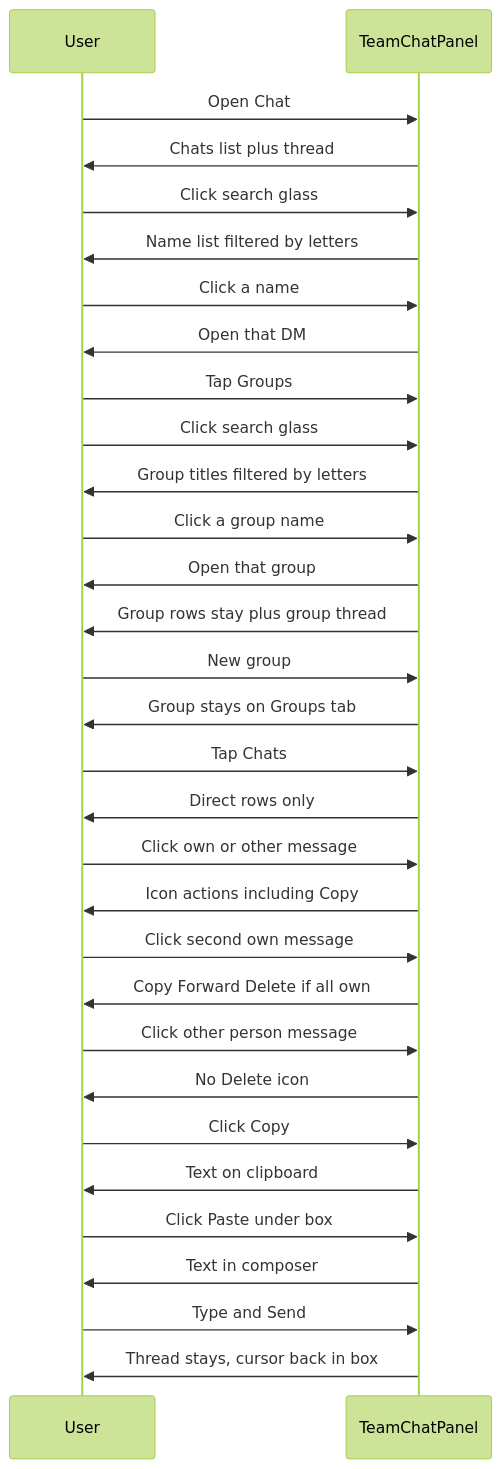
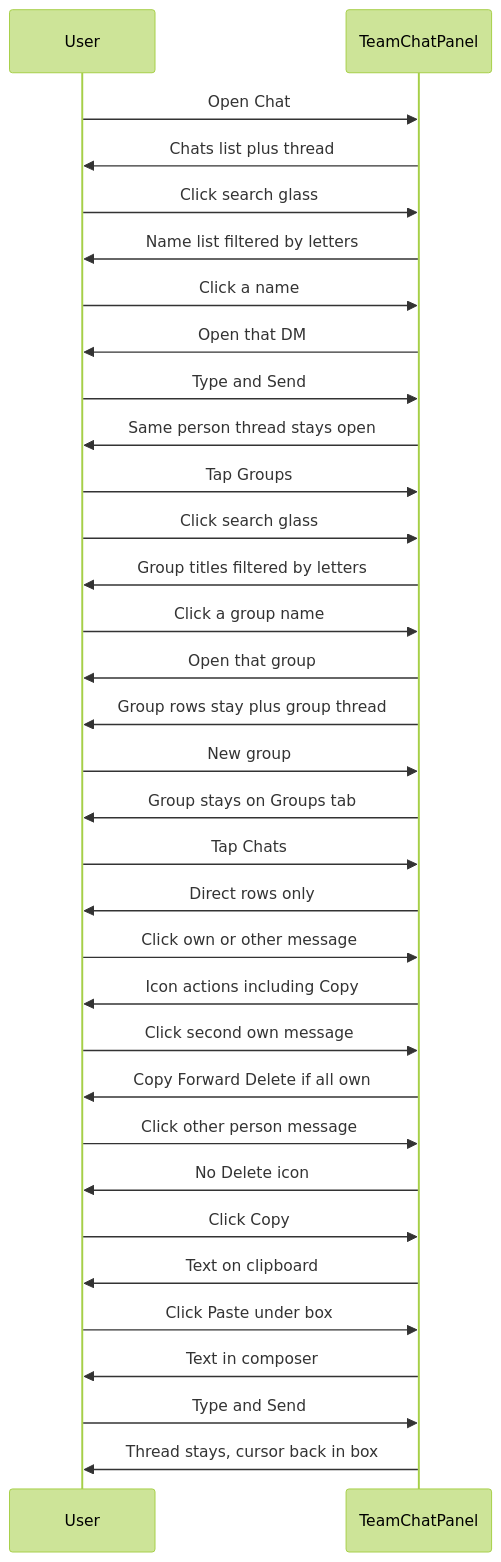
One commit to Mayur8291/Printing-Tracker changed diagram 30 of 37 in docs/FLOWCHARTS.md. Above: the diagram before and after it, drawn with Mermaid (forest theme). The commit also changed 5 other files, not shown here.

First line of the commit message:
Keep searched chat open after Send.

````diff
--- a/docs/FLOWCHARTS.md
+++ b/docs/FLOWCHARTS.md
@@ -647,33 +647,35 @@
 ```mermaid
 sequenceDiagram
   participant User
   participant Panel as TeamChatPanel
   User->>Panel: Open Chat
   Panel->>User: Chats list plus thread
   User->>Panel: Click search glass
   Panel->>User: Name list filtered by letters
   User->>Panel: Click a name
   Panel->>User: Open that DM
+  User->>Panel: Type and Send
+  Panel->>User: Same person thread stays open
   User->>Panel: Tap Groups
   User->>Panel: Click search glass
   Panel->>User: Group titles filtered by letters
   User->>Panel: Click a group name
   Panel->>User: Open that group
   Panel->>User: Group rows stay plus group thread
   User->>Panel: New group
   Panel->>User: Group stays on Groups tab
   User->>Panel: Tap Chats
   Panel->>User: Direct rows only
   User->>Panel: Click own or other message
   Panel->>User: Icon actions including Copy
   User->>Panel: Click second own message
   Panel->>User: Copy Forward Delete if all own
   User->>Panel: Click other person message
   Panel->>User: No Delete icon
   User->>Panel: Click Copy
   Panel->>User: Text on clipboard
   User->>Panel: Click Paste under box
   Panel->>User: Text in composer
   User->>Panel: Type and Send
   Panel->>User: Thread stays, cursor back in box
 ```
````
